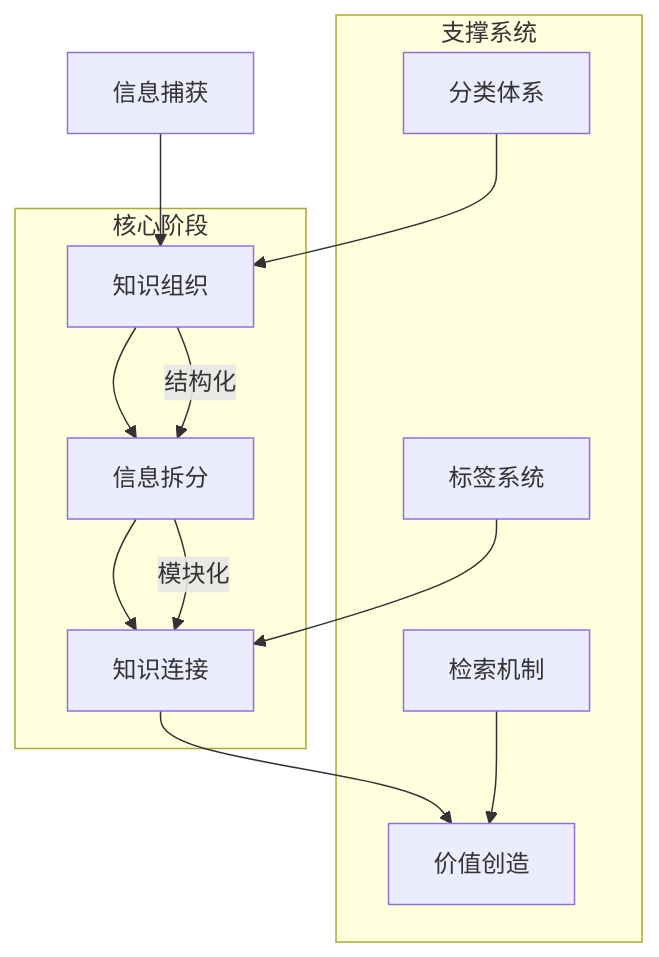
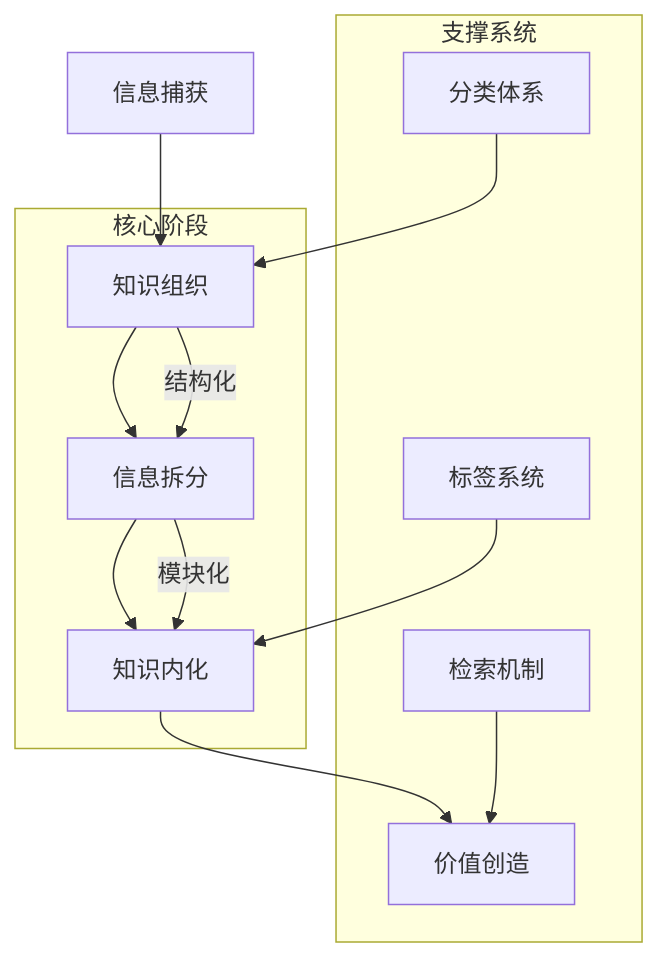
The diagram in content/PARA/20-AREAS/知识管理/02-WORKFLOWS/知识管理工作流.md (pedyc/dg.pedyc), drawn with Mermaid before and after one commit. The commit also changed other lines of this file and 99 other files, not shown here.

````diff
--- a/content/PARA/20-AREAS/知识管理/02-WORKFLOWS/知识管理工作流.md
+++ b/content/PARA/20-AREAS/知识管理/02-WORKFLOWS/知识管理工作流.md
@@ -14,18 +14,18 @@
 ```mermaid
 graph TD
     A[信息捕获] --> B[知识组织]
     B --> C[信息拆分]
-    C --> D[知识连接]
+    C --> D[知识内化]
     D --> E[价值创造]
     
     subgraph 核心阶段
     B -->|结构化| C
     C -->|模块化| D
     end
 
     subgraph 支撑系统
     F[分类体系] --> B
     G[标签系统] --> D
     H[检索机制] --> E
     end
 ```
````
